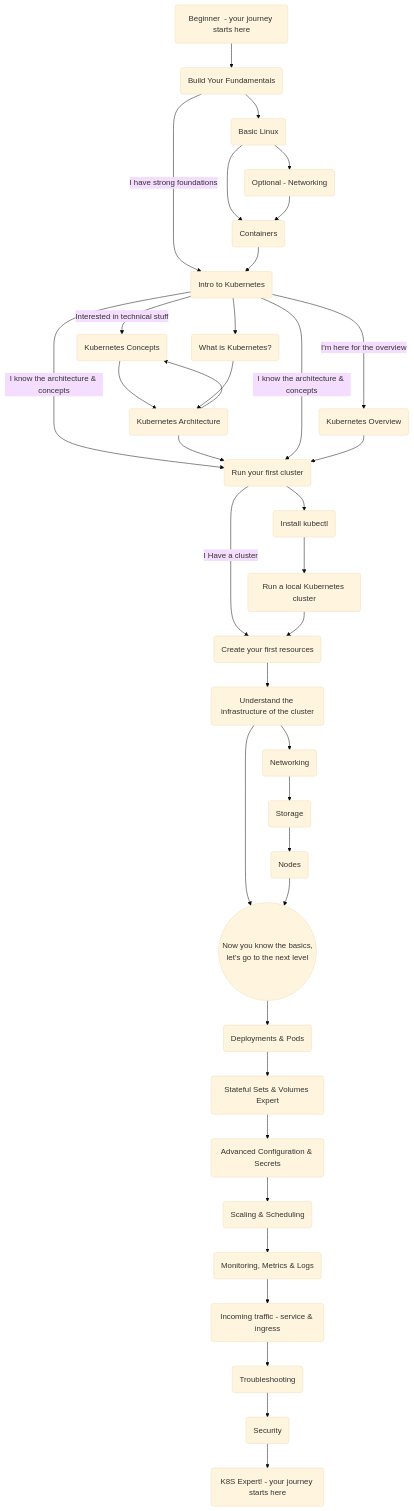
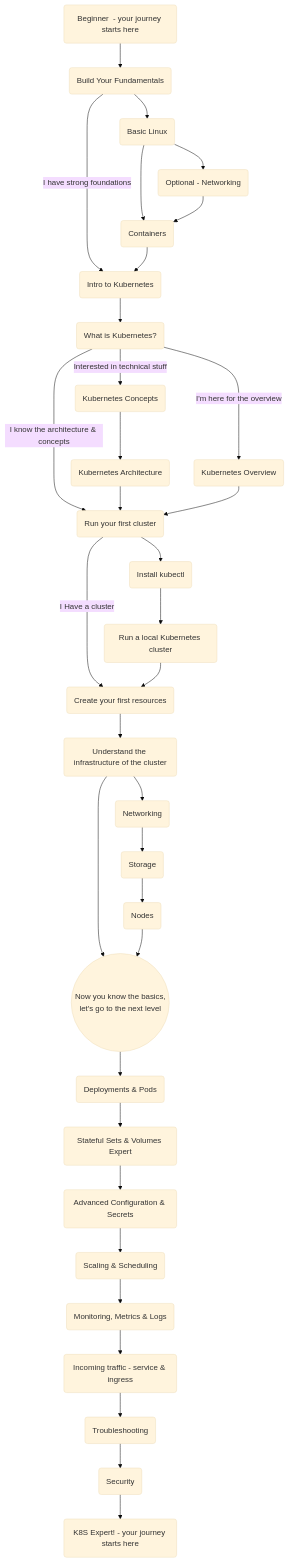
One commit to guymenahem/the-kubernetes-journey changed the diagram in README.md. Above: the diagram before and after it, drawn with Mermaid (base theme).

Commit message:
change links (#12)

```diff
--- a/README.md
+++ b/README.md
@@ -37,9 +37,14 @@
 
         k8s-intro(Intro to Kubernetes)
         click k8s-intro "https://github.com/guymenahem/the-kubernetes-journey/tree/main/Intros/intro-k8s"
-        k8s-intro -- Interested in technical stuff  --> k8s-concepts
-        k8s-intro -- I'm here for the overview  --> k8s-overview
-        k8s-intro -- I know the architecture & concepts --> k8s-first-run
+        k8s-intro --> what's-k8s
+
+        what's-k8s(What is Kubernetes?)
+        click what's-k8s "https://github.com/guymenahem/the-kubernetes-journey/tree/main/Beginner/whats-k8s"
+
+        what's-k8s -- Interested in technical stuff  --> k8s-concepts
+        what's-k8s -- I'm here for the overview  --> k8s-overview
+        what's-k8s -- I know the architecture & concepts --> k8s-first-run
 
             k8s-concepts(Kubernetes Concepts) --> k8s-arch
             click k8s-concepts "https://github.com/guymenahem/the-kubernetes-journey/tree/main/Beginner/k8s-concepts"
@@ -47,15 +52,9 @@
             
             k8s-arch(Kubernetes Architecture) --> k8s-first-run
             click k8s-arch "https://github.com/guymenahem/the-kubernetes-journey/tree/main/Beginner/k8s-architecture"
-            
-        k8s-intro --> what's-k8s
-        k8s-intro -- I know the architecture & concepts --> k8s-first-run
-
-            what's-k8s(What is Kubernetes?)
-            what's-k8s --> k8s-arch
 
 
-            k8s-arch(Kubernetes Architecture) --> k8s-concepts
+            k8s-arch(Kubernetes Architecture)
 
             k8s-overview(Kubernetes Overview)
             k8s-overview --> k8s-first-run
```
